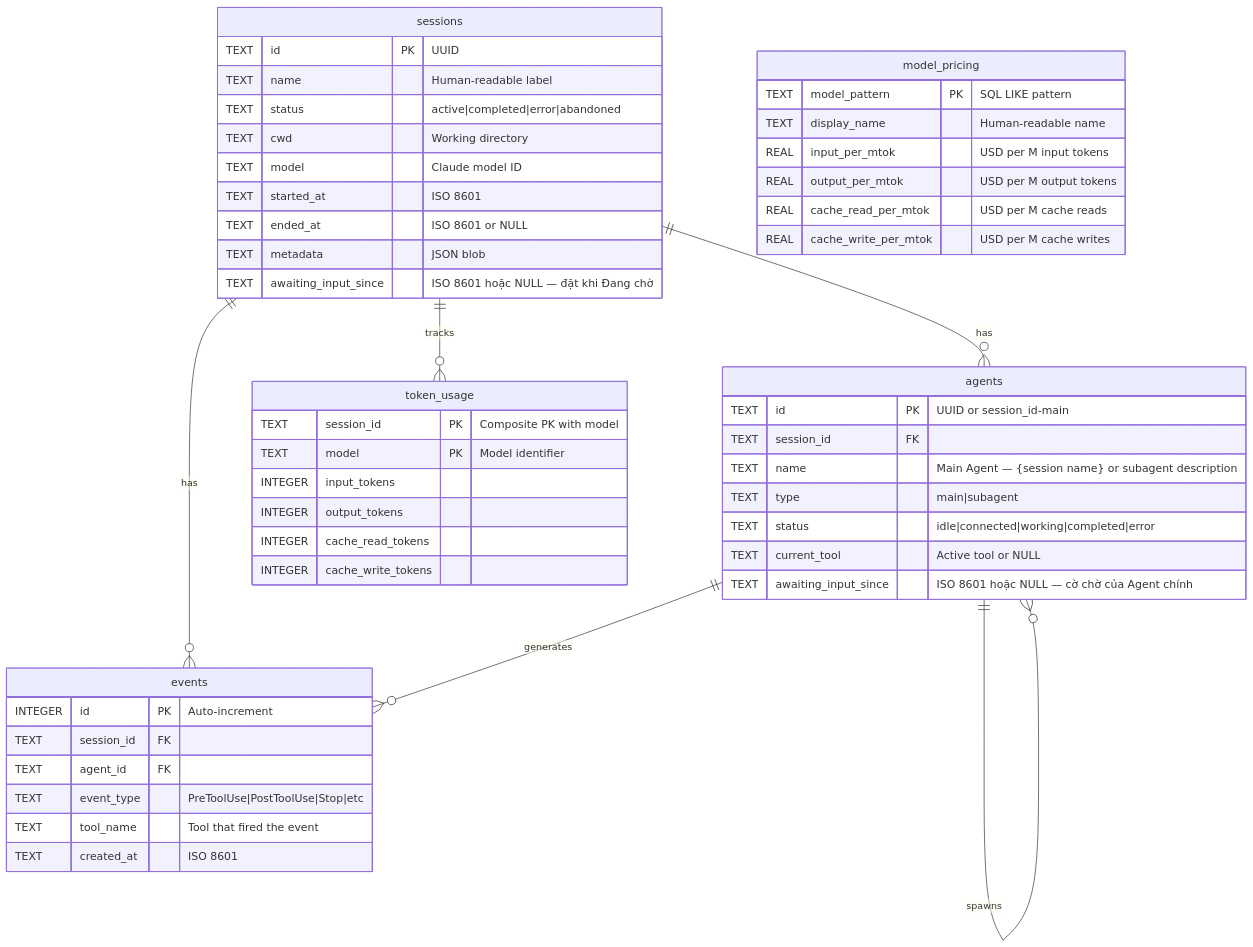
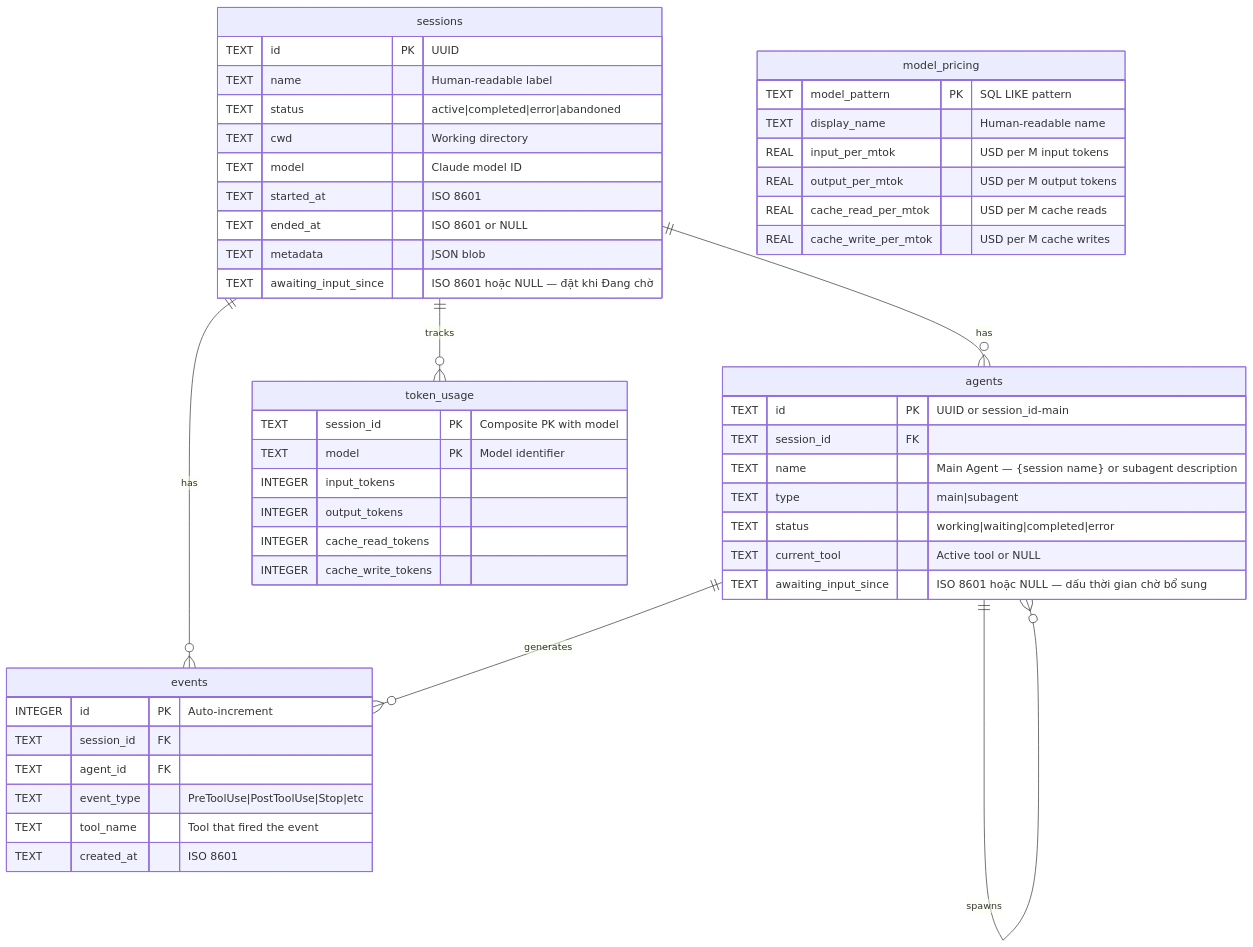
Before and after one commit to StrainReviews/Claude-Code-Agent-Monitor: diagram 15 of 21 in README-VN.md, drawn with Mermaid. The commit also changed other lines of this file and 32 other files, not shown here.

Commit message:
feat(agent-status): replace 'idle' and 'connected' statuses with 'waiting' and update related logic & enhance error tracking across agents and sections

````diff
--- a/README-VN.md
+++ b/README-VN.md
@@ -1112,57 +1113,57 @@
 ```mermaid
 erDiagram
     sessions ||--o{ agents : has
     sessions ||--o{ events : has
     sessions ||--o{ token_usage : tracks
     agents ||--o{ events : generates
     agents ||--o{ agents : spawns
 
     sessions {
         TEXT id PK "UUID"
         TEXT name "Human-readable label"
         TEXT status "active|completed|error|abandoned"
         TEXT cwd "Working directory"
         TEXT model "Claude model ID"
         TEXT started_at "ISO 8601"
         TEXT ended_at "ISO 8601 or NULL"
         TEXT metadata "JSON blob"
         TEXT awaiting_input_since "ISO 8601 hoặc NULL — đặt khi Đang chờ"
     }
 
     agents {
         TEXT id PK "UUID or session_id-main"
         TEXT session_id FK
         TEXT name "Main Agent — {session name} or subagent description"
         TEXT type "main|subagent"
-        TEXT status "idle|connected|working|completed|error"
+        TEXT status "working|waiting|completed|error"
         TEXT current_tool "Active tool or NULL"
-        TEXT awaiting_input_since "ISO 8601 hoặc NULL — cờ chờ của Agent chính"
+        TEXT awaiting_input_since "ISO 8601 hoặc NULL — dấu thời gian chờ bổ sung"
     }
 
     events {
         INTEGER id PK "Auto-increment"
         TEXT session_id FK
         TEXT agent_id FK
         TEXT event_type "PreToolUse|PostToolUse|Stop|etc"
         TEXT tool_name "Tool that fired the event"
         TEXT created_at "ISO 8601"
     }
 
     token_usage {
         TEXT session_id PK "Composite PK with model"
         TEXT model PK "Model identifier"
         INTEGER input_tokens
         INTEGER output_tokens
         INTEGER cache_read_tokens
         INTEGER cache_write_tokens
     }
 
     model_pricing {
         TEXT model_pattern PK "SQL LIKE pattern"
         TEXT display_name "Human-readable name"
         REAL input_per_mtok "USD per M input tokens"
         REAL output_per_mtok "USD per M output tokens"
         REAL cache_read_per_mtok "USD per M cache reads"
         REAL cache_write_per_mtok "USD per M cache writes"
     }
 ```
````
